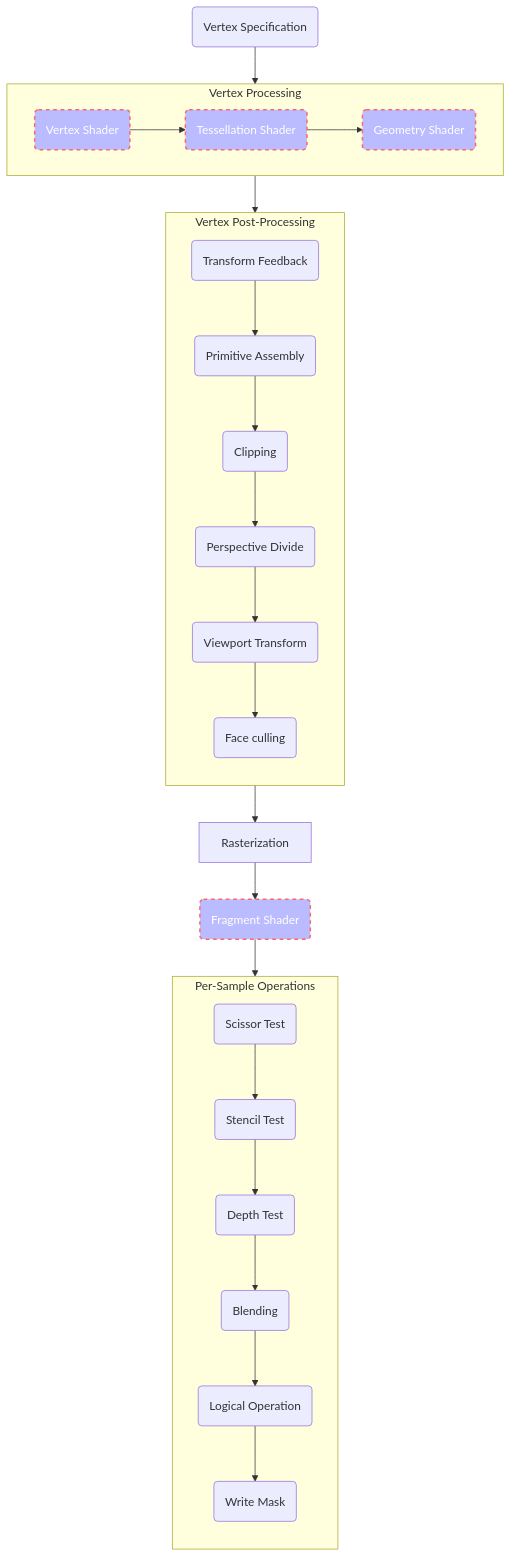
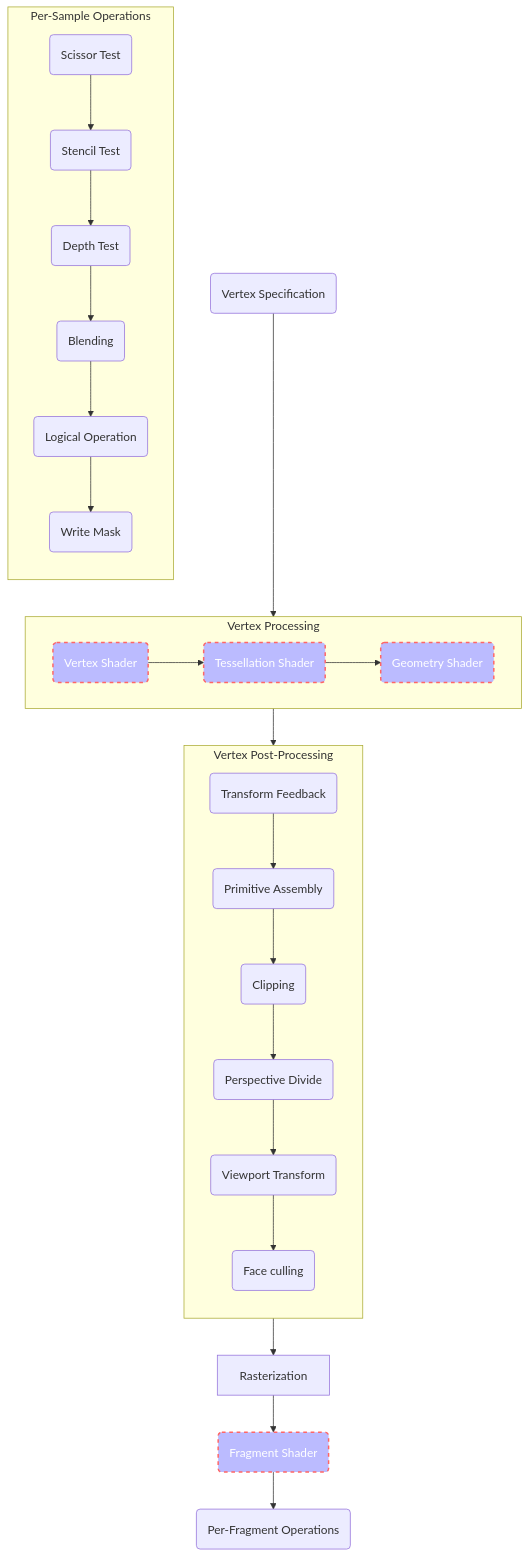
Before and after one commit to tick-engineloop/tick-engineloop.github.io: the diagram in _posts/2024-06-16-LearnOpenGL-Basics-RenderingPipeline.md, drawn with Mermaid.

````diff
--- a/_posts/2024-06-16-LearnOpenGL-Basics-RenderingPipeline.md
+++ b/_posts/2024-06-16-LearnOpenGL-Basics-RenderingPipeline.md
@@ -16,29 +16,29 @@
 ```mermaid
   flowchart TB
   
     subgraph VertexProcessing[Vertex Processing]
       direction LR
       VertexShader(Vertex Shader) --> TessellationShader(Tessellation Shader) --> GeometryShader(Geometry Shader)
     end
     
     subgraph VertexPost-Processing[Vertex Post-Processing]
       direction TB
       TransformFeedback(Transform Feedback) --> PrimitiveAssembly(Primitive Assembly) --> Clipping(Clipping) --> PerspectiveDivide(Perspective Divide) --> ViewportTransform(Viewport Transform) --> FaceCulling(Face culling)
     end
     
     Rasterization
     
     FragmentShader(Fragment Shader)
     
     subgraph Per-SampleOperations[Per-Sample Operations]
       direction TB
       ScissorTest(Scissor Test) --> StencilTest(Stencil Test) --> DepthTest(Depth Test) --> Blending(Blending) --> LogicalOperation(Logical Operation) --> WriteMask(Write Mask)
     end
     
-    VertexSpecification(Vertex Specification) --> VertexProcessing --> VertexPost-Processing --> Rasterization --> FragmentShader --> Per-SampleOperations
+    VertexSpecification(Vertex Specification) --> VertexProcessing --> VertexPost-Processing --> Rasterization --> FragmentShader --> PerFragmentOperations(Per-Fragment Operations)
 
     style VertexShader fill:#bbf,stroke:#f66,stroke-width:2px,color:#fff,stroke-dasharray: 5 5
     style TessellationShader fill:#bbf,stroke:#f66,stroke-width:2px,color:#fff,stroke-dasharray: 5 5
     style GeometryShader fill:#bbf,stroke:#f66,stroke-width:2px,color:#fff,stroke-dasharray: 5 5
     style FragmentShader fill:#bbf,stroke:#f66,stroke-width:2px,color:#fff,stroke-dasharray: 5 5
 ```
````
